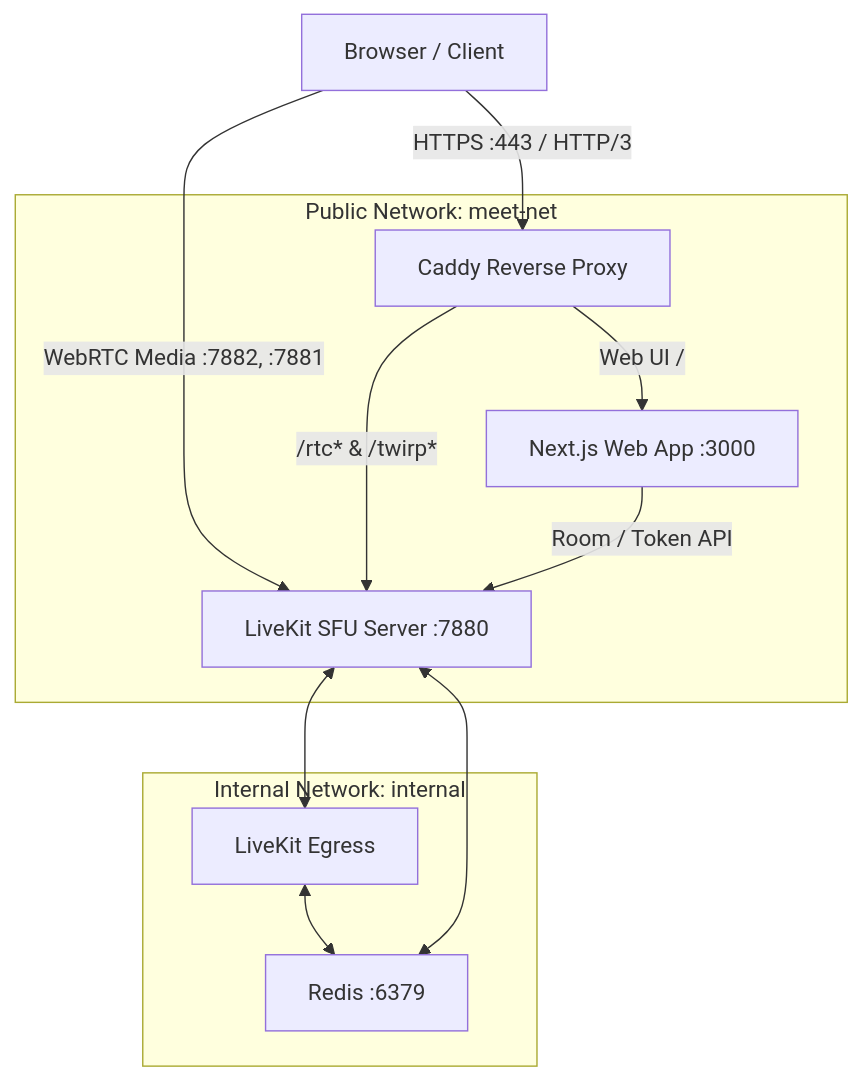
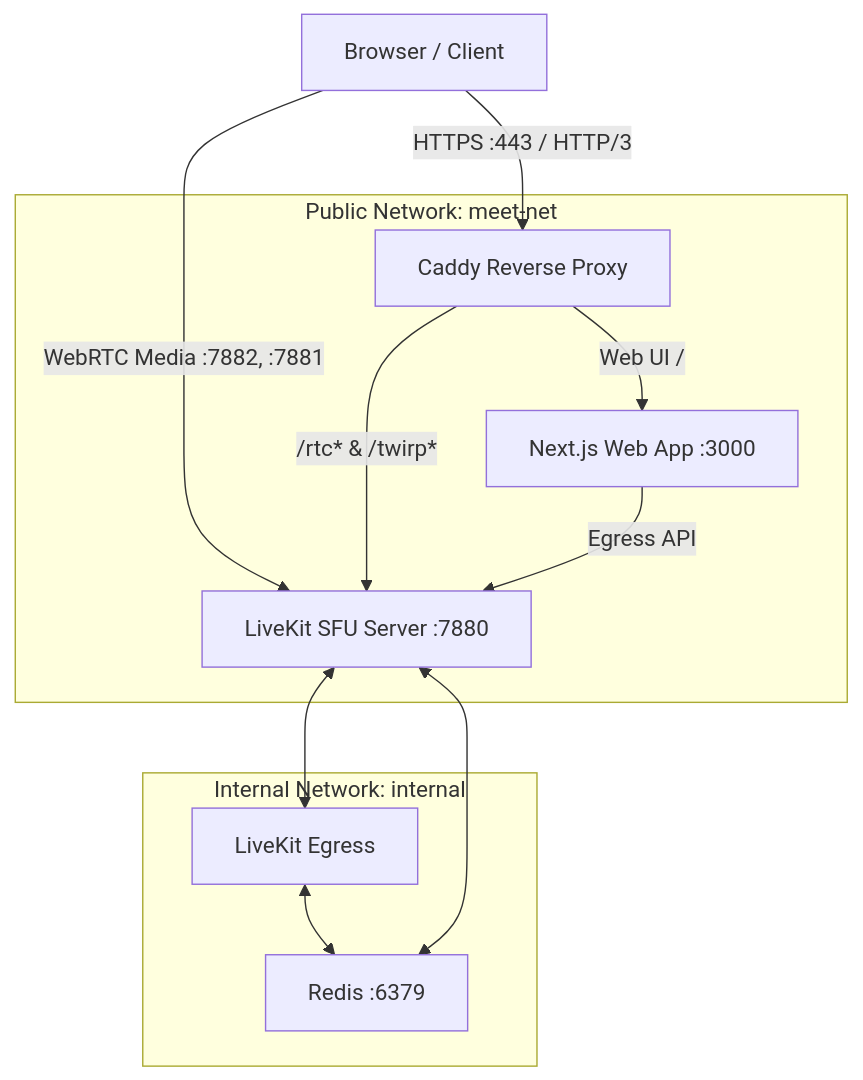
Before and after one commit to mikhailde/livekit-meet-docker: the diagram in README.md, drawn with Mermaid. The commit also changed other lines of this file and 3 other files, not shown here.

````diff
--- a/README.md
+++ b/README.md
@@ -120,25 +123,25 @@
 ```mermaid
 graph TD
     Client[Browser / Client] -->|HTTPS :443 / HTTP/3| Caddy
     Client -->|WebRTC Media :7882, :7881| LiveKit
 
     subgraph public["Public Network: meet-net"]
         Caddy[Caddy Reverse Proxy]
         Meet[Next.js Web App :3000]
         LiveKit[LiveKit SFU Server :7880]
 
         Caddy -->|Web UI /| Meet
         Caddy -->|/rtc* & /twirp*| LiveKit
-        Meet -->|Room / Token API| LiveKit
+        Meet -->|Egress API| LiveKit
     end
 
     subgraph internal["Internal Network: internal"]
         Egress[LiveKit Egress]
         Redis[Redis :6379]
 
         Egress <--> Redis
     end
 
     LiveKit <--> Redis
     LiveKit <--> Egress
 ```
````
